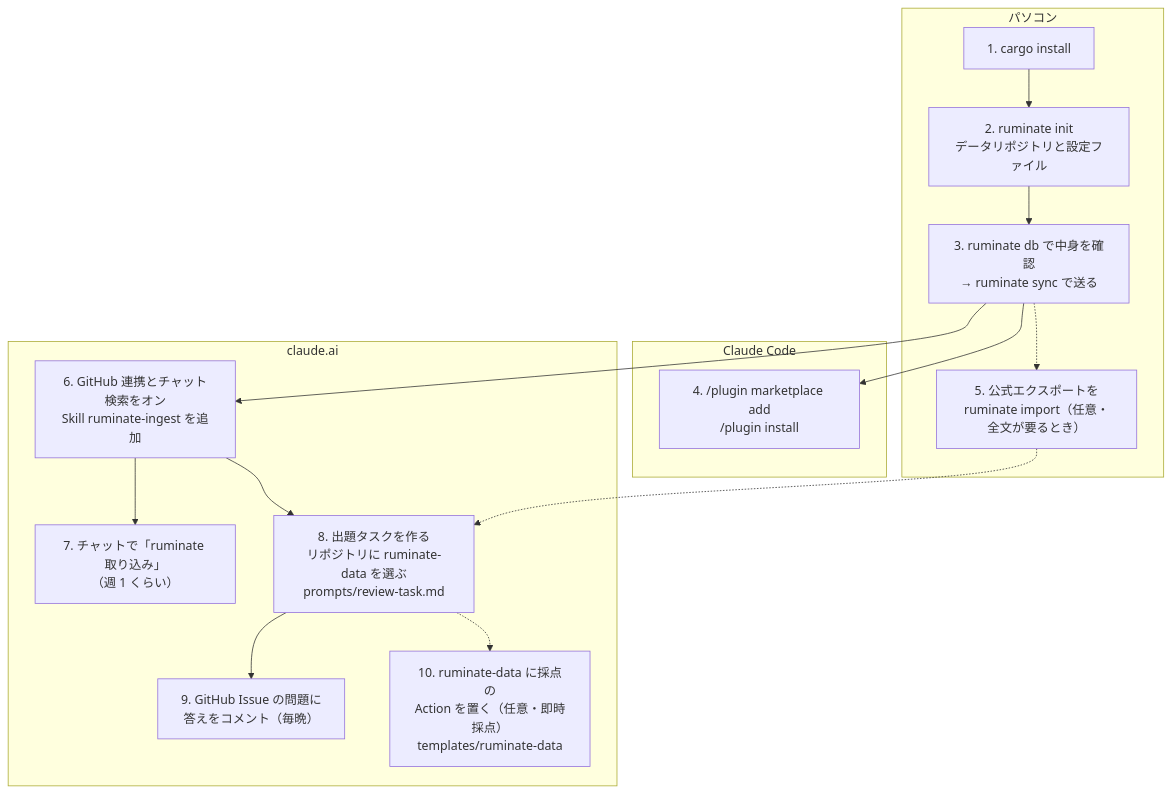
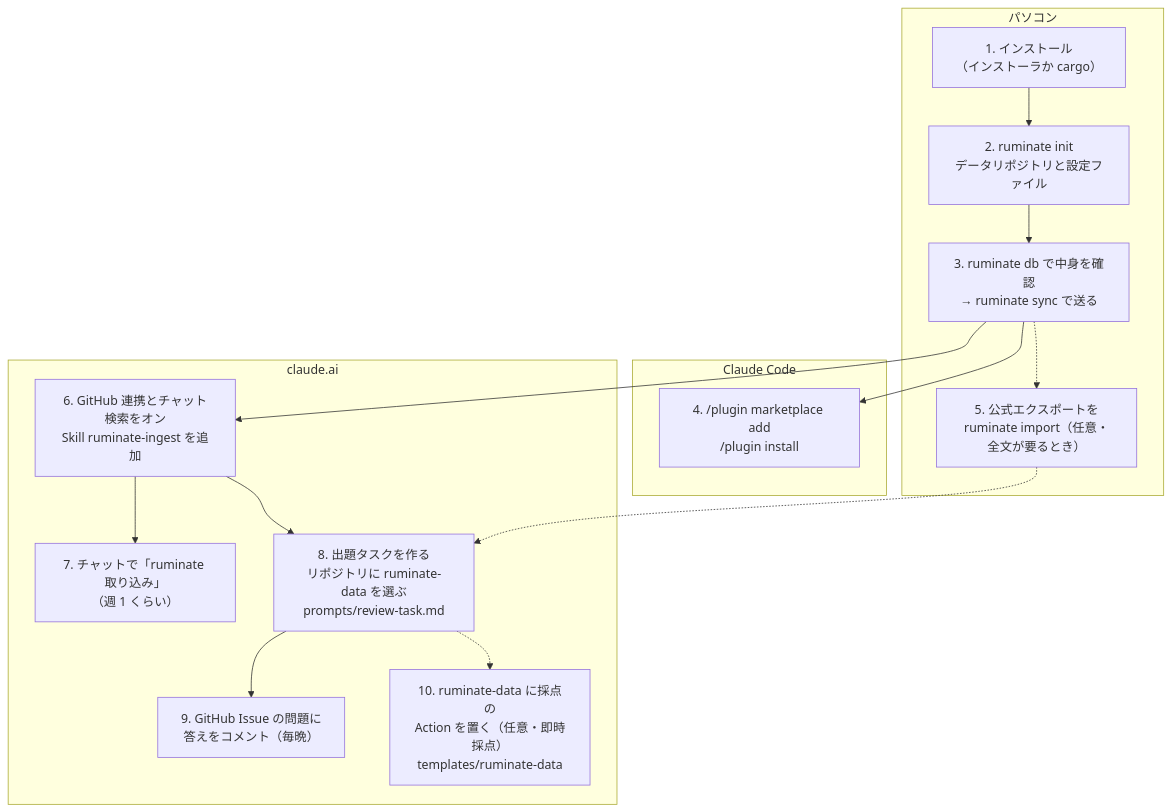
One commit to futabooo/ruminate changed the diagram in README.md. Above: the diagram before and after it, drawn with Mermaid. The commit also changed other lines of this file and 5 other files, not shown here.

First line of the commit message:
Release binaries with cargo-dist; hooks do nothing until ruminate is installed

````diff
--- a/README.md
+++ b/README.md
@@ -29,21 +29,21 @@
 ```mermaid
 flowchart TD
     subgraph pc["パソコン"]
-        A["1. cargo install"] --> B["2. ruminate init<br/>データリポジトリと設定ファイル"]
+        A["1. インストール<br/>（インストーラか cargo）"] --> B["2. ruminate init<br/>データリポジトリと設定ファイル"]
         B --> C["3. ruminate db で中身を確認<br/>→ ruminate sync で送る"]
         C -.-> E["5. 公式エクスポートを<br/>ruminate import（任意・全文が要るとき）"]
     end
     subgraph cc["Claude Code"]
         D["4. /plugin marketplace add<br/>/plugin install"]
     end
     subgraph ai["claude.ai"]
         F["6. GitHub 連携とチャット検索をオン<br/>Skill ruminate-ingest を追加"]
         F --> G["7. チャットで「ruminate 取り込み」<br/>（週 1 くらい）"]
         F --> H["8. 出題タスクを作る<br/>リポジトリに ruminate-data を選ぶ<br/>prompts/review-task.md"]
         H --> I["9. GitHub Issue の問題に<br/>答えをコメント（毎晩）"]
         H -.-> J["10. ruminate-data に採点の<br/>Action を置く（任意・即時採点）<br/>templates/ruminate-data"]
     end
     C --> D
     C --> F
     E -.-> H
 ```
````
